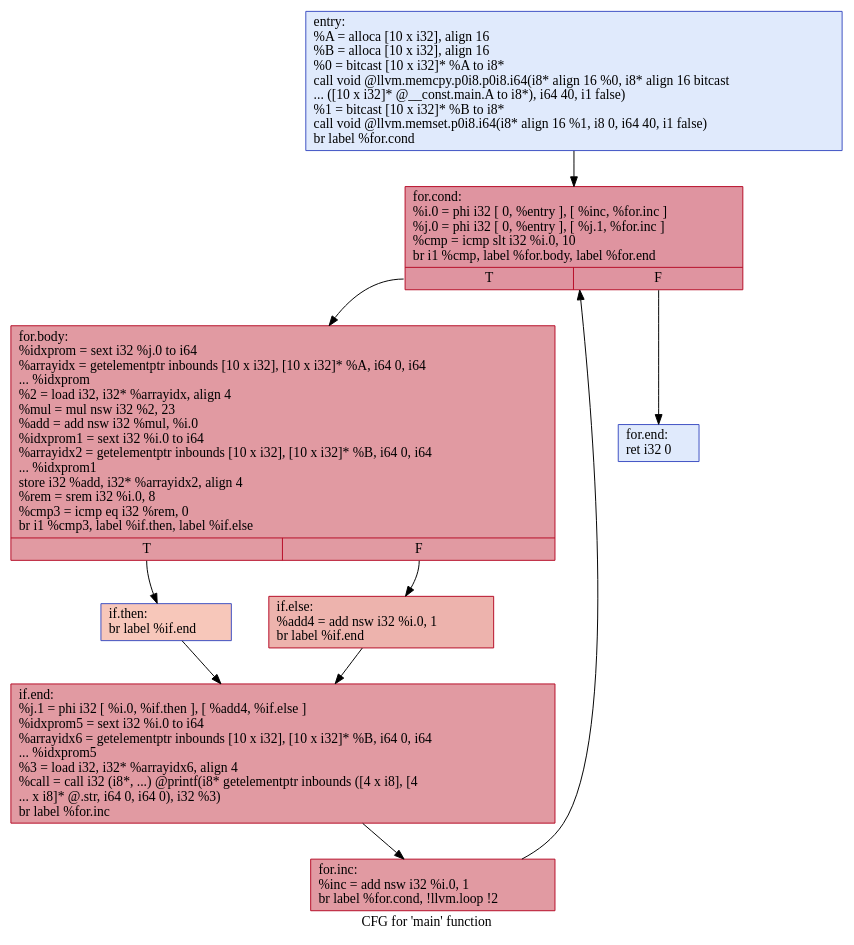
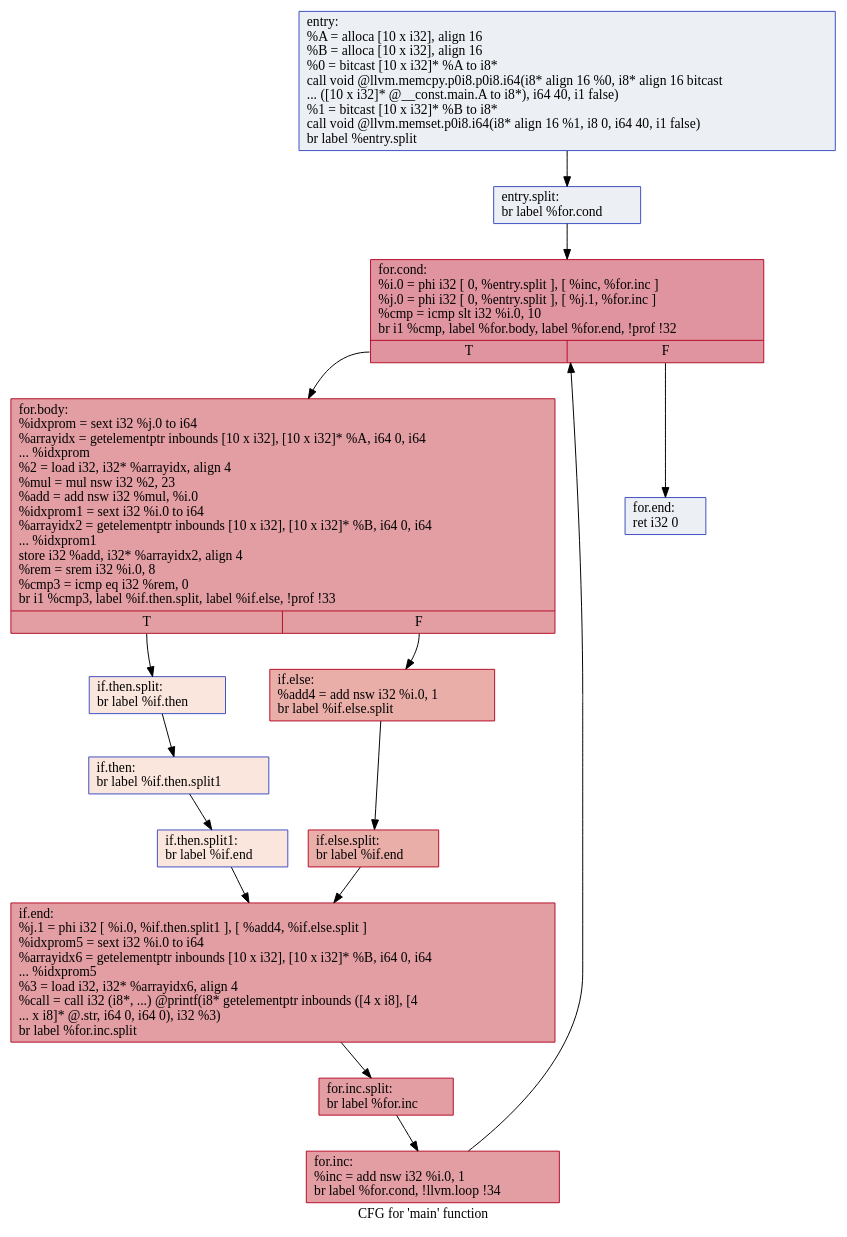
Before and after one commit to GGLeod/Speculation-Based-GVNPRE: the diagram in visual/.main.dot, drawn with Graphviz. The commit also changed 8 other files, not shown here.

```diff
--- a/visual/.main.dot
+++ b/visual/.main.dot
@@ -1,21 +1,31 @@
 digraph "CFG for 'main' function" {
 	label="CFG for 'main' function";
 
-	Node0x55c2f3ed4c20 [shape=record,color="#3d50c3ff", style=filled, fillcolor="#b9d0f970",label="{entry:\l  %A = alloca [10 x i32], align 16\l  %B = alloca [10 x i32], align 16\l  %0 = bitcast [10 x i32]* %A to i8*\l  call void @llvm.memcpy.p0i8.p0i8.i64(i8* align 16 %0, i8* align 16 bitcast\l... ([10 x i32]* @__const.main.A to i8*), i64 40, i1 false)\l  %1 = bitcast [10 x i32]* %B to i8*\l  call void @llvm.memset.p0i8.i64(i8* align 16 %1, i8 0, i64 40, i1 false)\l  br label %for.cond\l}"];
-	Node0x55c2f3ed4c20 -> Node0x55c2f3ed4c70;
-	Node0x55c2f3ed4c70 [shape=record,color="#b70d28ff", style=filled, fillcolor="#b70d2870",label="{for.cond:                                         \l  %i.0 = phi i32 [ 0, %entry ], [ %inc, %for.inc ]\l  %j.0 = phi i32 [ 0, %entry ], [ %j.1, %for.inc ]\l  %cmp = icmp slt i32 %i.0, 10\l  br i1 %cmp, label %for.body, label %for.end\l|{<s0>T|<s1>F}}"];
-	Node0x55c2f3ed4c70:s0 -> Node0x55c2f3ed4cc0;
-	Node0x55c2f3ed4c70:s1 -> Node0x55c2f3ed4e50;
-	Node0x55c2f3ed4cc0 [shape=record,color="#b70d28ff", style=filled, fillcolor="#bb1b2c70",label="{for.body:                                         \l  %idxprom = sext i32 %j.0 to i64\l  %arrayidx = getelementptr inbounds [10 x i32], [10 x i32]* %A, i64 0, i64\l... %idxprom\l  %2 = load i32, i32* %arrayidx, align 4\l  %mul = mul nsw i32 %2, 23\l  %add = add nsw i32 %mul, %i.0\l  %idxprom1 = sext i32 %i.0 to i64\l  %arrayidx2 = getelementptr inbounds [10 x i32], [10 x i32]* %B, i64 0, i64\l... %idxprom1\l  store i32 %add, i32* %arrayidx2, align 4\l  %rem = srem i32 %i.0, 8\l  %cmp3 = icmp eq i32 %rem, 0\l  br i1 %cmp3, label %if.then, label %if.else\l|{<s0>T|<s1>F}}"];
-	Node0x55c2f3ed4cc0:s0 -> Node0x55c2f3ed4d10;
-	Node0x55c2f3ed4cc0:s1 -> Node0x55c2f3ed4d60;
-	Node0x55c2f3ed4d10 [shape=record,color="#3d50c3ff", style=filled, fillcolor="#ec7f6370",label="{if.then:                                          \l  br label %if.end\l}"];
-	Node0x55c2f3ed4d10 -> Node0x55c2f3ed4db0;
-	Node0x55c2f3ed4d60 [shape=record,color="#b70d28ff", style=filled, fillcolor="#d6524470",label="{if.else:                                          \l  %add4 = add nsw i32 %i.0, 1\l  br label %if.end\l}"];
-	Node0x55c2f3ed4d60 -> Node0x55c2f3ed4db0;
-	Node0x55c2f3ed4db0 [shape=record,color="#b70d28ff", style=filled, fillcolor="#bb1b2c70",label="{if.end:                                           \l  %j.1 = phi i32 [ %i.0, %if.then ], [ %add4, %if.else ]\l  %idxprom5 = sext i32 %i.0 to i64\l  %arrayidx6 = getelementptr inbounds [10 x i32], [10 x i32]* %B, i64 0, i64\l... %idxprom5\l  %3 = load i32, i32* %arrayidx6, align 4\l  %call = call i32 (i8*, ...) @printf(i8* getelementptr inbounds ([4 x i8], [4\l... x i8]* @.str, i64 0, i64 0), i32 %3)\l  br label %for.inc\l}"];
-	Node0x55c2f3ed4db0 -> Node0x55c2f3ed4e00;
-	Node0x55c2f3ed4e00 [shape=record,color="#b70d28ff", style=filled, fillcolor="#bb1b2c70",label="{for.inc:                                          \l  %inc = add nsw i32 %i.0, 1\l  br label %for.cond, !llvm.loop !2\l}"];
-	Node0x55c2f3ed4e00 -> Node0x55c2f3ed4c70;
-	Node0x55c2f3ed4e50 [shape=record,color="#3d50c3ff", style=filled, fillcolor="#b9d0f970",label="{for.end:                                          \l  ret i32 0\l}"];
+	Node0x5652dd75dc80 [shape=record,color="#3d50c3ff", style=filled, fillcolor="#d4dbe670",label="{entry:\l  %A = alloca [10 x i32], align 16\l  %B = alloca [10 x i32], align 16\l  %0 = bitcast [10 x i32]* %A to i8*\l  call void @llvm.memcpy.p0i8.p0i8.i64(i8* align 16 %0, i8* align 16 bitcast\l... ([10 x i32]* @__const.main.A to i8*), i64 40, i1 false)\l  %1 = bitcast [10 x i32]* %B to i8*\l  call void @llvm.memset.p0i8.i64(i8* align 16 %1, i8 0, i64 40, i1 false)\l  br label %entry.split\l}"];
+	Node0x5652dd75dc80 -> Node0x5652dd769630;
+	Node0x5652dd769630 [shape=record,color="#3d50c3ff", style=filled, fillcolor="#d4dbe670",label="{entry.split:                                      \l  br label %for.cond\l}"];
+	Node0x5652dd769630 -> Node0x5652dd769680;
+	Node0x5652dd769680 [shape=record,color="#b70d28ff", style=filled, fillcolor="#b70d2870",label="{for.cond:                                         \l  %i.0 = phi i32 [ 0, %entry.split ], [ %inc, %for.inc ]\l  %j.0 = phi i32 [ 0, %entry.split ], [ %j.1, %for.inc ]\l  %cmp = icmp slt i32 %i.0, 10\l  br i1 %cmp, label %for.body, label %for.end, !prof !32\l|{<s0>T|<s1>F}}"];
+	Node0x5652dd769680:s0 -> Node0x5652dd7696d0;
+	Node0x5652dd769680:s1 -> Node0x5652dd7699a0;
+	Node0x5652dd7696d0 [shape=record,color="#b70d28ff", style=filled, fillcolor="#be242e70",label="{for.body:                                         \l  %idxprom = sext i32 %j.0 to i64\l  %arrayidx = getelementptr inbounds [10 x i32], [10 x i32]* %A, i64 0, i64\l... %idxprom\l  %2 = load i32, i32* %arrayidx, align 4\l  %mul = mul nsw i32 %2, 23\l  %add = add nsw i32 %mul, %i.0\l  %idxprom1 = sext i32 %i.0 to i64\l  %arrayidx2 = getelementptr inbounds [10 x i32], [10 x i32]* %B, i64 0, i64\l... %idxprom1\l  store i32 %add, i32* %arrayidx2, align 4\l  %rem = srem i32 %i.0, 8\l  %cmp3 = icmp eq i32 %rem, 0\l  br i1 %cmp3, label %if.then.split, label %if.else, !prof !33\l|{<s0>T|<s1>F}}"];
+	Node0x5652dd7696d0:s0 -> Node0x5652dd769720;
+	Node0x5652dd7696d0:s1 -> Node0x5652dd769810;
+	Node0x5652dd769720 [shape=record,color="#3d50c3ff", style=filled, fillcolor="#f3c7b170",label="{if.then.split:                                    \l  br label %if.then\l}"];
+	Node0x5652dd769720 -> Node0x5652dd769770;
+	Node0x5652dd769770 [shape=record,color="#3d50c3ff", style=filled, fillcolor="#f3c7b170",label="{if.then:                                          \l  br label %if.then.split1\l}"];
+	Node0x5652dd769770 -> Node0x5652dd7697c0;
+	Node0x5652dd7697c0 [shape=record,color="#3d50c3ff", style=filled, fillcolor="#f3c7b170",label="{if.then.split1:                                   \l  br label %if.end\l}"];
+	Node0x5652dd7697c0 -> Node0x5652dd7698b0;
+	Node0x5652dd769810 [shape=record,color="#b70d28ff", style=filled, fillcolor="#d0473d70",label="{if.else:                                          \l  %add4 = add nsw i32 %i.0, 1\l  br label %if.else.split\l}"];
+	Node0x5652dd769810 -> Node0x5652dd769860;
+	Node0x5652dd769860 [shape=record,color="#b70d28ff", style=filled, fillcolor="#d0473d70",label="{if.else.split:                                    \l  br label %if.end\l}"];
+	Node0x5652dd769860 -> Node0x5652dd7698b0;
+	Node0x5652dd7698b0 [shape=record,color="#b70d28ff", style=filled, fillcolor="#be242e70",label="{if.end:                                           \l  %j.1 = phi i32 [ %i.0, %if.then.split1 ], [ %add4, %if.else.split ]\l  %idxprom5 = sext i32 %i.0 to i64\l  %arrayidx6 = getelementptr inbounds [10 x i32], [10 x i32]* %B, i64 0, i64\l... %idxprom5\l  %3 = load i32, i32* %arrayidx6, align 4\l  %call = call i32 (i8*, ...) @printf(i8* getelementptr inbounds ([4 x i8], [4\l... x i8]* @.str, i64 0, i64 0), i32 %3)\l  br label %for.inc.split\l}"];
+	Node0x5652dd7698b0 -> Node0x5652dd769900;
+	Node0x5652dd769900 [shape=record,color="#b70d28ff", style=filled, fillcolor="#be242e70",label="{for.inc.split:                                    \l  br label %for.inc\l}"];
+	Node0x5652dd769900 -> Node0x5652dd769950;
+	Node0x5652dd769950 [shape=record,color="#b70d28ff", style=filled, fillcolor="#be242e70",label="{for.inc:                                          \l  %inc = add nsw i32 %i.0, 1\l  br label %for.cond, !llvm.loop !34\l}"];
+	Node0x5652dd769950 -> Node0x5652dd769680;
+	Node0x5652dd7699a0 [shape=record,color="#3d50c3ff", style=filled, fillcolor="#d4dbe670",label="{for.end:                                          \l  ret i32 0\l}"];
 }
```
